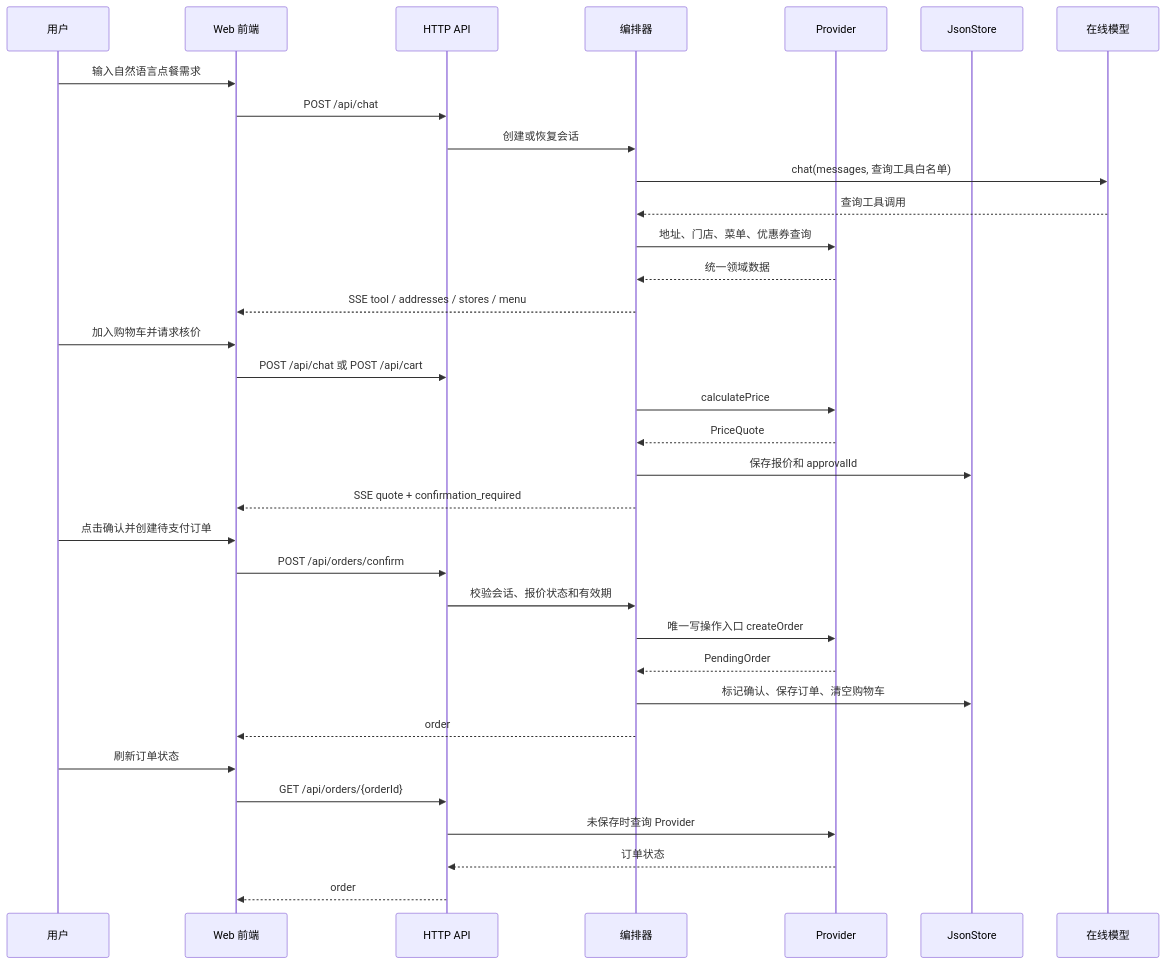
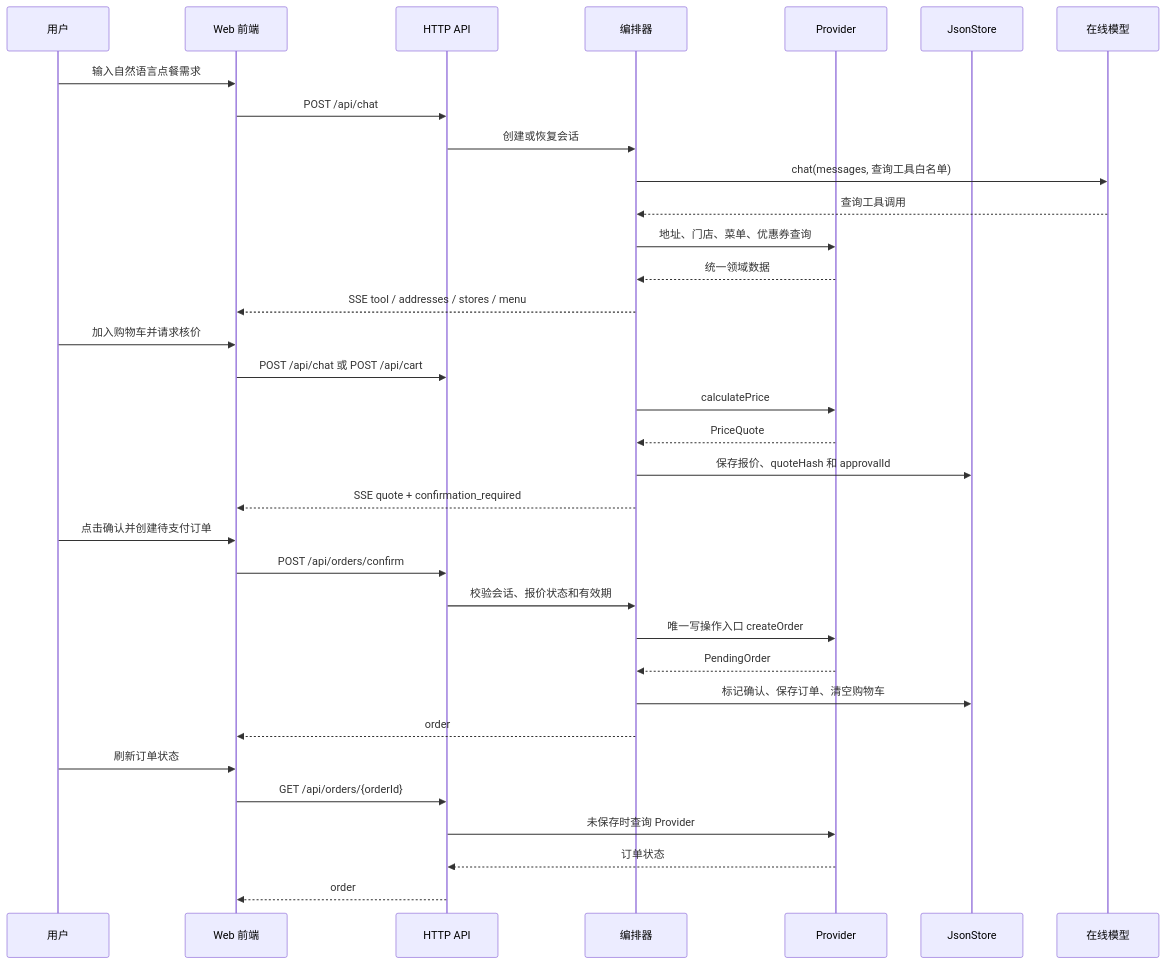
The diagram in docs/architecture.md (yousizaitianqiong/mcd-mcp-ai-ordering-course), drawn with Mermaid before and after one commit. The commit also changed other lines of this file and 26 other files, not shown here.

```diff
--- a/docs/architecture.md
+++ b/docs/architecture.md
@@ -32,37 +32,37 @@
 ~~~mermaid
 sequenceDiagram
     participant U as 用户
     participant W as Web 前端
     participant H as HTTP API
     participant O as 编排器
     participant P as Provider
     participant S as JsonStore
     participant M as 在线模型
 
     U->>W: 输入自然语言点餐需求
     W->>H: POST /api/chat
     H->>O: 创建或恢复会话
     O->>M: chat(messages, 查询工具白名单)
     M-->>O: 查询工具调用
     O->>P: 地址、门店、菜单、优惠券查询
     P-->>O: 统一领域数据
     O-->>W: SSE tool / addresses / stores / menu
     U->>W: 加入购物车并请求核价
     W->>H: POST /api/chat 或 POST /api/cart
     O->>P: calculatePrice
     P-->>O: PriceQuote
-    O->>S: 保存报价和 approvalId
+    O->>S: 保存报价、quoteHash 和 approvalId
     O-->>W: SSE quote + confirmation_required
     U->>W: 点击确认并创建待支付订单
     W->>H: POST /api/orders/confirm
     H->>O: 校验会话、报价状态和有效期
     O->>P: 唯一写操作入口 createOrder
     P-->>O: PendingOrder
     O->>S: 标记确认、保存订单、清空购物车
     O-->>W: order
     U->>W: 刷新订单状态
     W->>H: GET /api/orders/{orderId}
     H->>P: 未保存时查询 Provider
     P-->>H: 订单状态
     H-->>W: order
 ~~~
```
